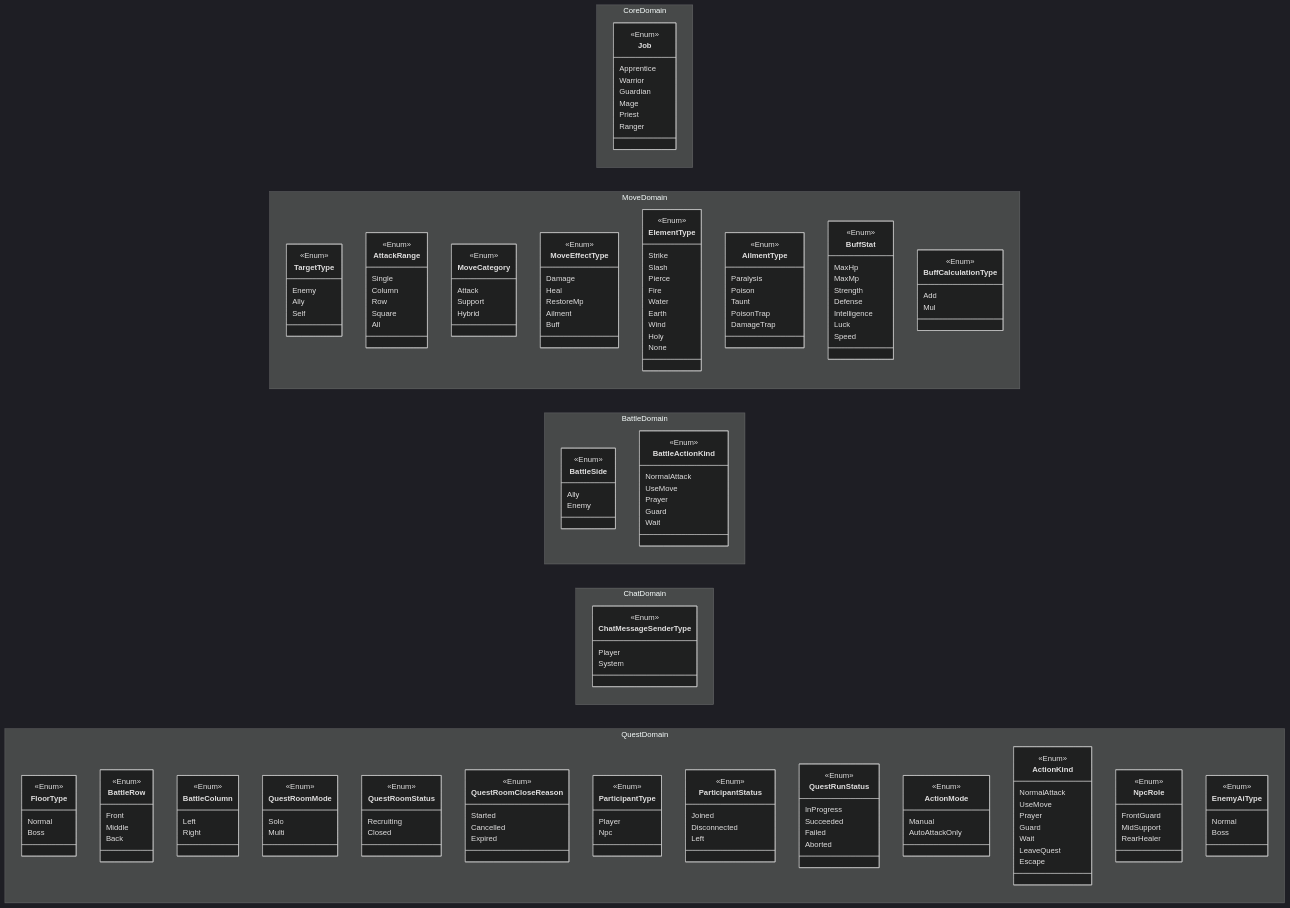
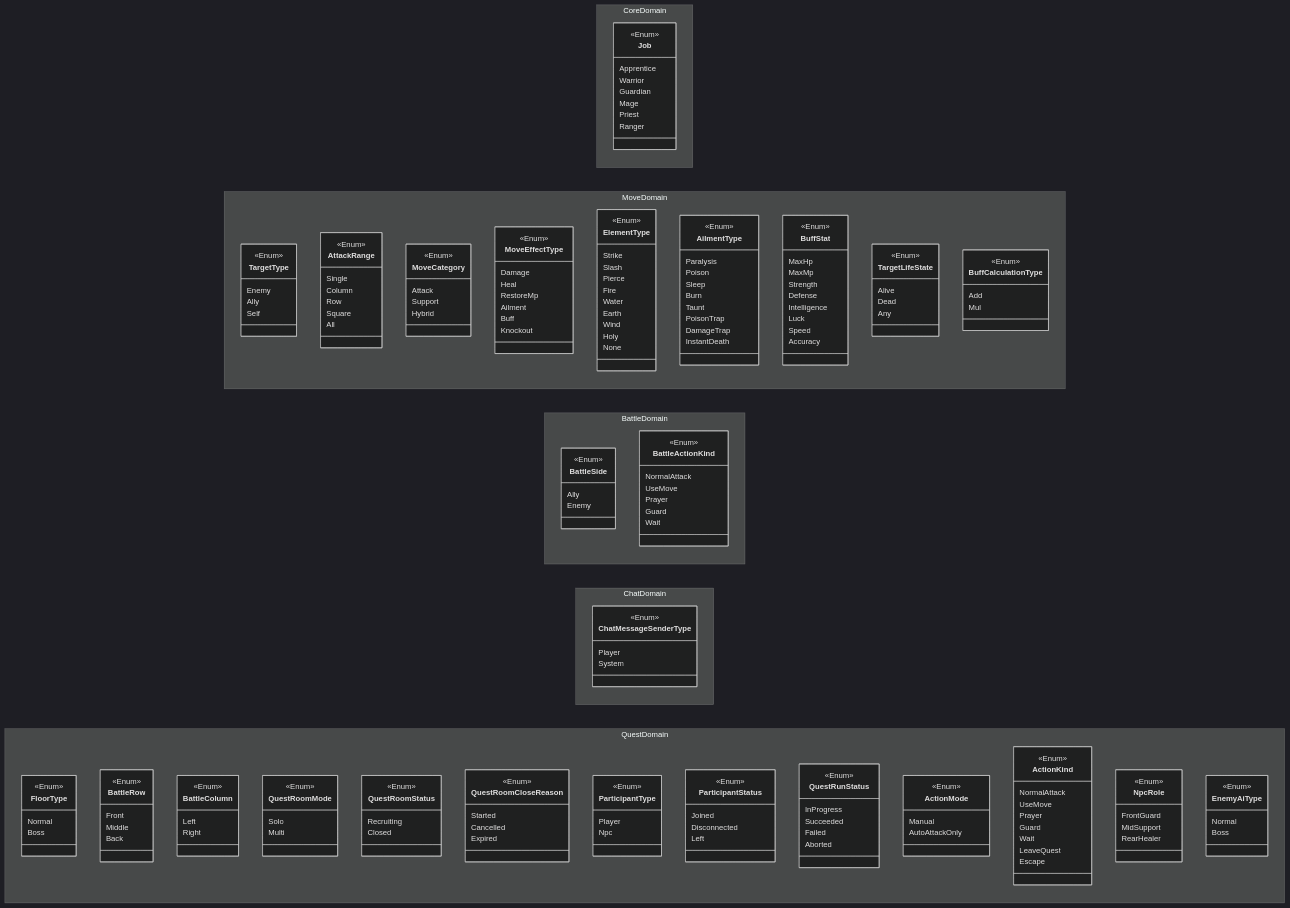
One commit to ayumu203/nisekue changed the diagram in docs/MMD21_Enum.mmd. Above: the diagram before and after it, drawn with Mermaid (dark theme). The commit also changed 36 other files, not shown here.

```diff
--- a/docs/MMD21_Enum.mmd
+++ b/docs/MMD21_Enum.mmd
@@ -43,6 +43,7 @@
             RestoreMp
             Ailment
             Buff
+            Knockout
         }
 
         class ElementType {
@@ -62,9 +63,12 @@
             <<Enum>>
             Paralysis
             Poison
+            Sleep
+            Burn
             Taunt
             PoisonTrap
             DamageTrap
+            InstantDeath
         }
 
         class BuffStat {
@@ -76,6 +80,14 @@
             Intelligence
             Luck
             Speed
+            Accuracy
+        }
+
+        class TargetLifeState {
+            <<Enum>>
+            Alive
+            Dead
+            Any
         }
 
         class BuffCalculationType {
```
